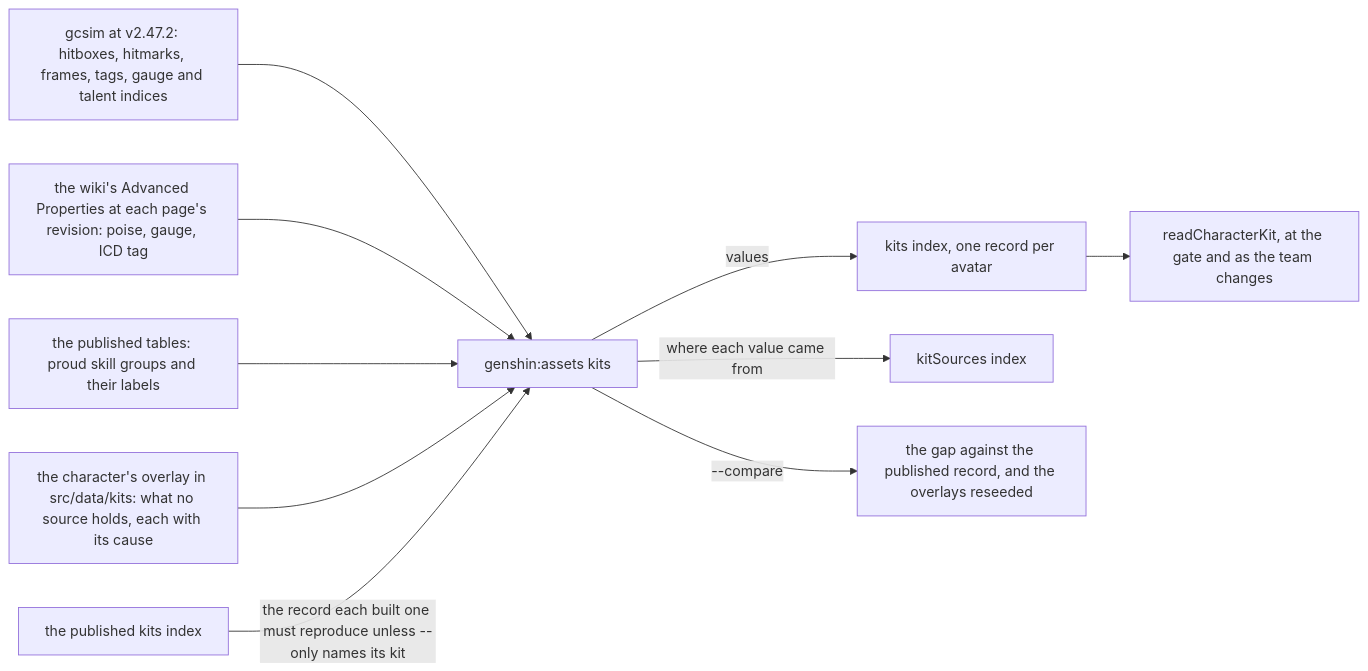
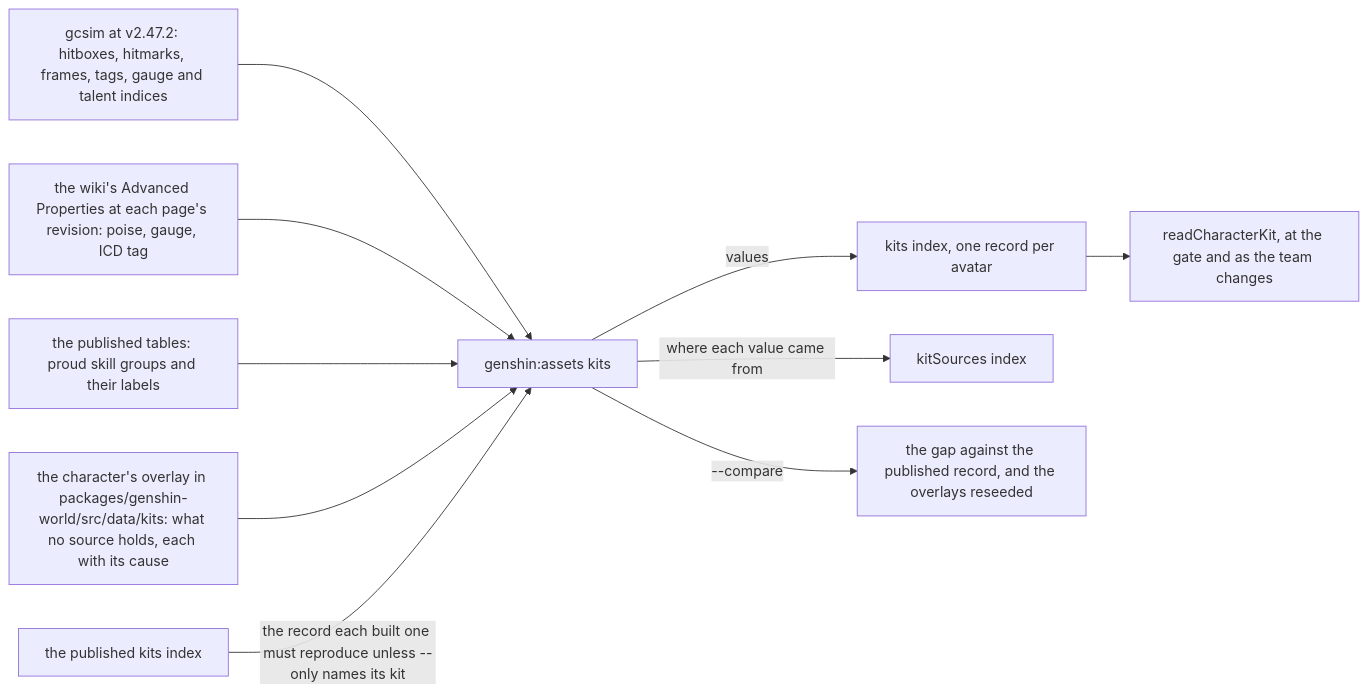
One commit to Esposter/Esposter changed the fourth of 5 diagrams in openspec/specs/genshin/kits/README.md. Above: the diagram before and after it, drawn with Mermaid. The commit also changed other lines of this file, not shown here.

Commit message:
docs(genshin): kits/README.md names the overlay's full path in the kits flow diagram

````diff
--- a/openspec/specs/genshin/kits/README.md
+++ b/openspec/specs/genshin/kits/README.md
@@ -217,12 +217,12 @@
 ```mermaid
 flowchart LR
   GC["gcsim at v2.47.2: hitboxes, hitmarks, frames, tags, gauge and talent indices"] --> B["genshin:assets kits"]
   WK["the wiki's Advanced Properties at each page's revision: poise, gauge, ICD tag"] --> B
   TB["the published tables: proud skill groups and their labels"] --> B
-  OV["the character's overlay in src/data/kits: what no source holds, each with its cause"] --> B
+  OV["the character's overlay in packages/genshin-world/src/data/kits: what no source holds, each with its cause"] --> B
   PB["the published kits index"] -->|"the record each built one must reproduce unless --only names its kit"| B
   B -->|"values"| K["kits index, one record per avatar"]
   B -->|"where each value came from"| S["kitSources index"]
   B -->|"--compare"| R["the gap against the published record, and the overlays reseeded"]
   K --> READ["readCharacterKit, at the gate and as the team changes"]
 ```
````
